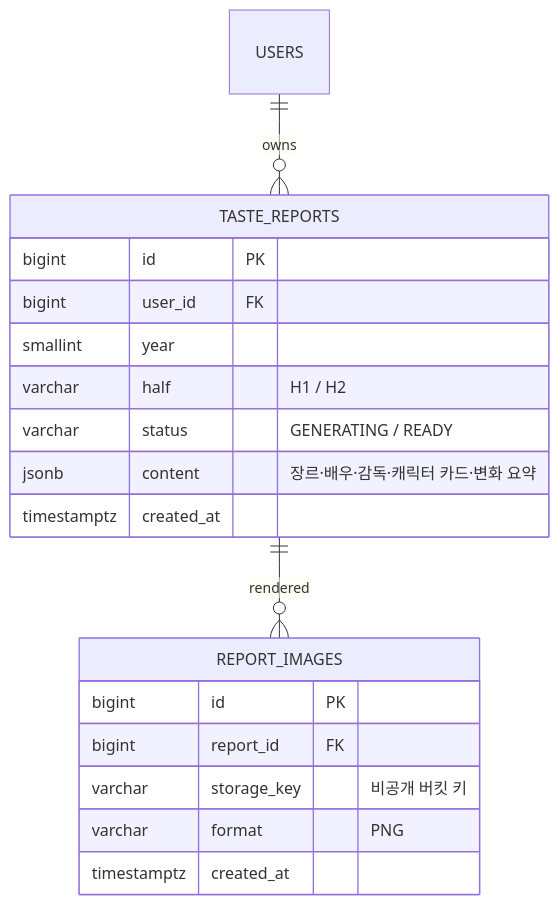
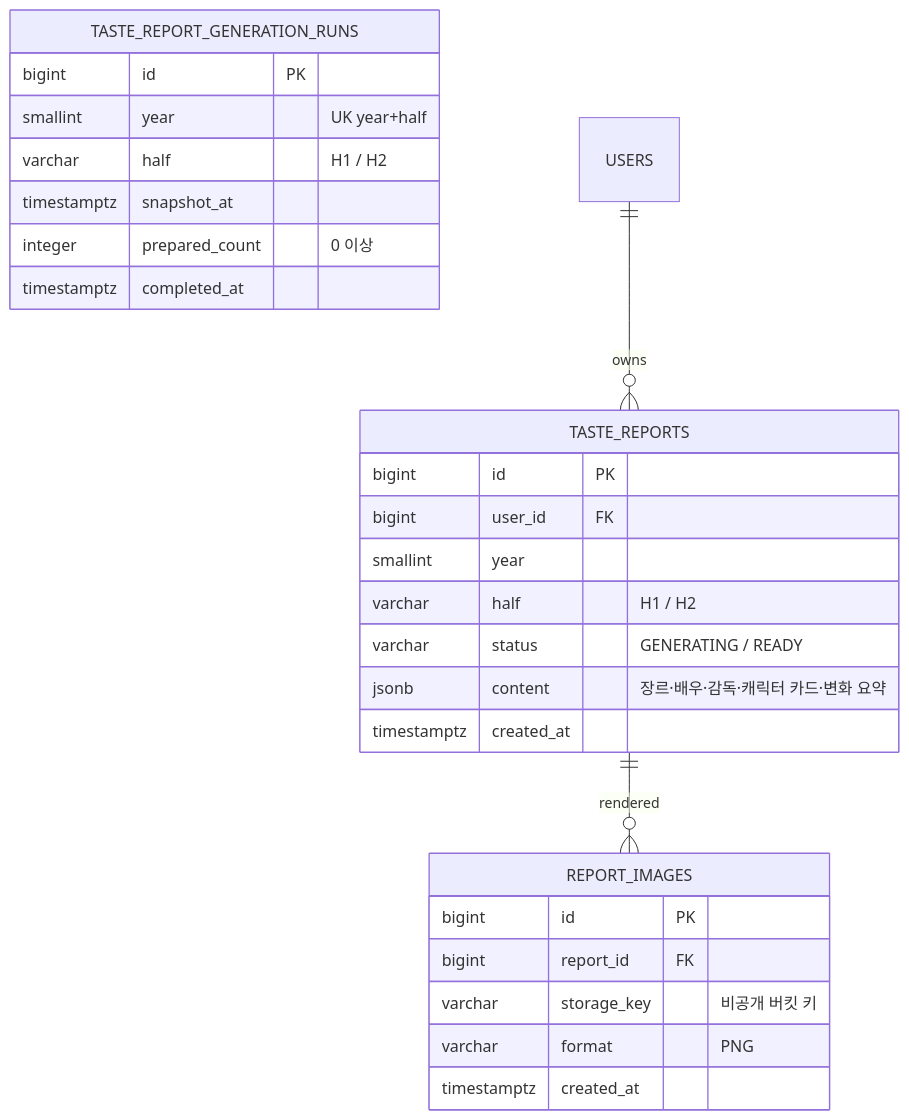
The seventh of 8 diagrams in docs/erd.md (koongya-studio/feelm), drawn with Mermaid before and after one commit. The commit also changed other lines of this file and 17 other files, not shown here.

````diff
--- a/docs/erd.md
+++ b/docs/erd.md
@@ -449,22 +449,30 @@
 ```mermaid
 erDiagram
     TASTE_REPORTS {
         bigint id PK
         bigint user_id FK
         smallint year
         varchar half "H1 / H2"
         varchar status "GENERATING / READY"
         jsonb content "장르·배우·감독·캐릭터 카드·변화 요약"
         timestamptz created_at
+    }
+    TASTE_REPORT_GENERATION_RUNS {
+        bigint id PK
+        smallint year "UK year+half"
+        varchar half "H1 / H2"
+        timestamptz snapshot_at
+        integer prepared_count "0 이상"
+        timestamptz completed_at
     }
     REPORT_IMAGES {
         bigint id PK
         bigint report_id FK
         varchar storage_key "비공개 버킷 키"
         varchar format "PNG"
         timestamptz created_at
     }
 
     USERS ||--o{ TASTE_REPORTS : owns
     TASTE_REPORTS ||--o{ REPORT_IMAGES : rendered
 ```
````
